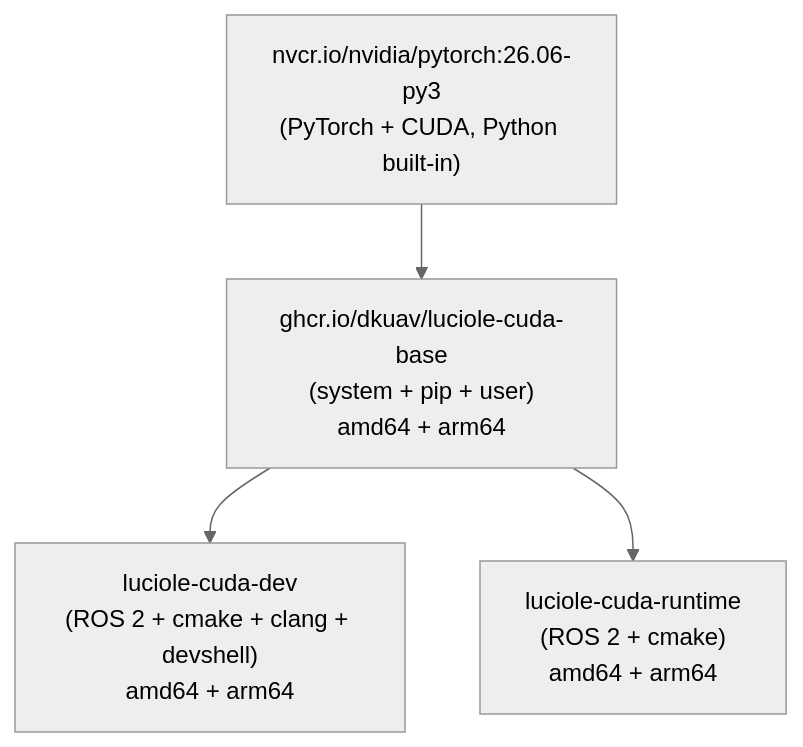
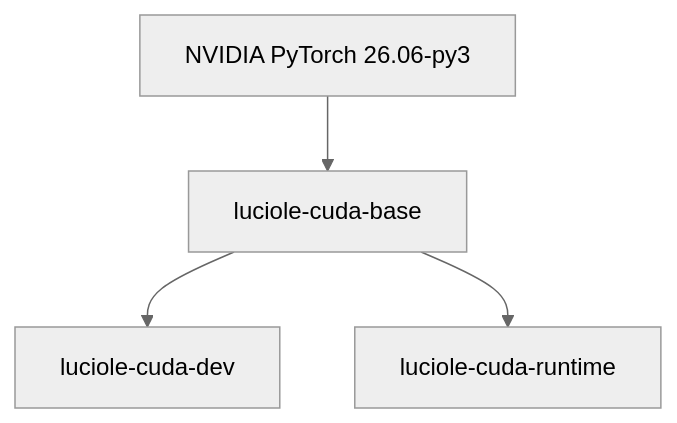
Before and after one commit to DKUAV/images: the first of 2 diagrams in README.md, drawn with Mermaid (neutral theme). The commit also changed other lines of this file and 39 other files, not shown here.

````diff
--- a/README.md
+++ b/README.md
@@ -11,7 +9,6 @@
 ```mermaid
 graph TD
-  C["nvcr.io/nvidia/pytorch:26.06-py3\n(PyTorch + CUDA, Python built-in)"] --> CB["ghcr.io/dkuav/luciole-cuda-base\n(system + pip + user)\namd64 + arm64"]
-
-  CB --> HCD["luciole-cuda-dev\n(ROS 2 + cmake + clang + devshell)\namd64 + arm64"]
-  CB --> HCR["luciole-cuda-runtime\n(ROS 2 + cmake)\namd64 + arm64"]
+  N["NVIDIA PyTorch 26.06-py3"] --> B["luciole-cuda-base"]
+  B --> D["luciole-cuda-dev"]
+  B --> R["luciole-cuda-runtime"]
 ```
````
